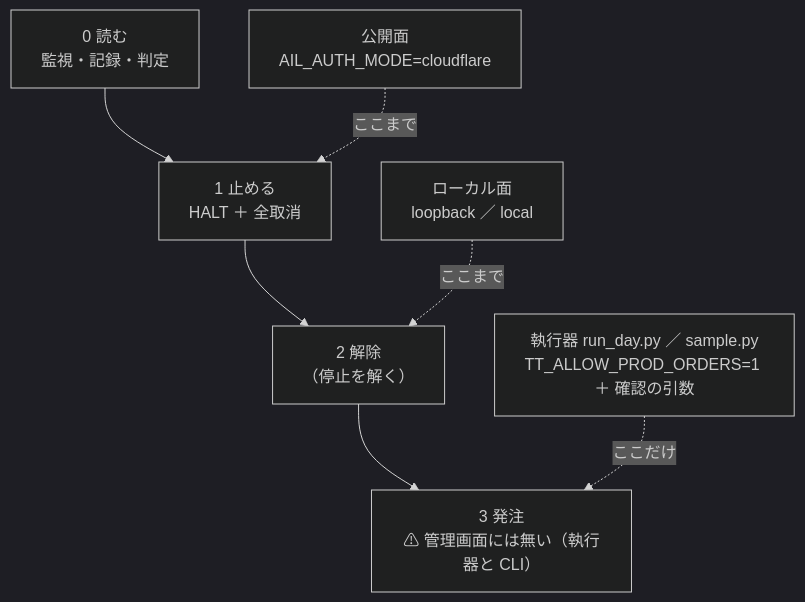
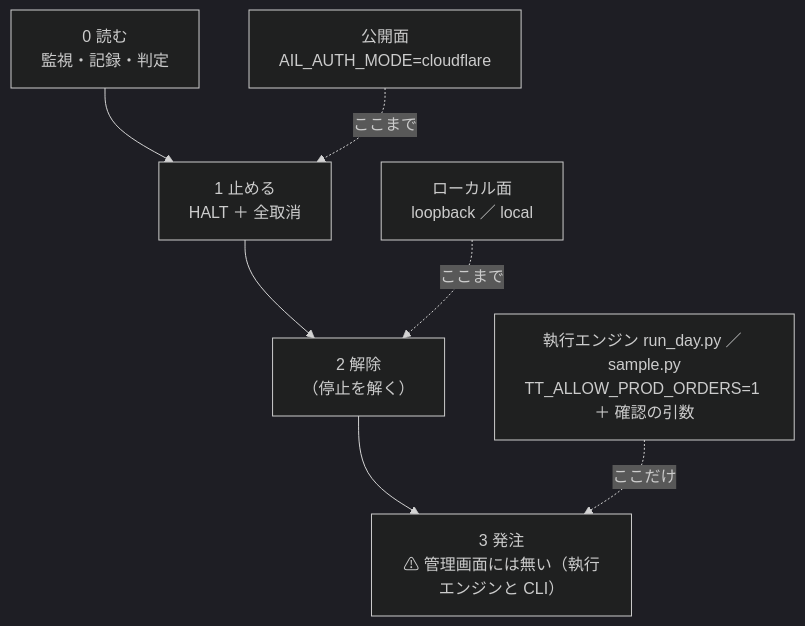
One commit to akiraak/ai-income-lab changed the first of 28 diagrams in docs/specs/dashboard.md. Above: the diagram before and after it, drawn with Mermaid (dark theme). The commit also changed other lines of this file and 45 other files, not shown here.

````diff
--- a/docs/specs/dashboard.md
+++ b/docs/specs/dashboard.md
@@ -36,9 +36,9 @@
 ```mermaid
 flowchart TB
   T0["0 読む<br/>監視・記録・判定"] --> T1["1 止める<br/>HALT ＋ 全取消"]
   T1 --> T2["2 解除<br/>（停止を解く）"]
-  T2 --> T3["3 発注<br/>⚠ 管理画面には無い（執行器と CLI）"]
+  T2 --> T3["3 発注<br/>⚠ 管理画面には無い（執行エンジンと CLI）"]
   P["公開面<br/>AIL_AUTH_MODE=cloudflare"] -.->|ここまで| T1
   L["ローカル面<br/>loopback ／ local"] -.->|ここまで| T2
-  K["執行器 run_day.py ／ sample.py<br/>TT_ALLOW_PROD_ORDERS=1 ＋ 確認の引数"] -.->|ここだけ| T3
+  K["執行エンジン run_day.py ／ sample.py<br/>TT_ALLOW_PROD_ORDERS=1 ＋ 確認の引数"] -.->|ここだけ| T3
 ```
````
